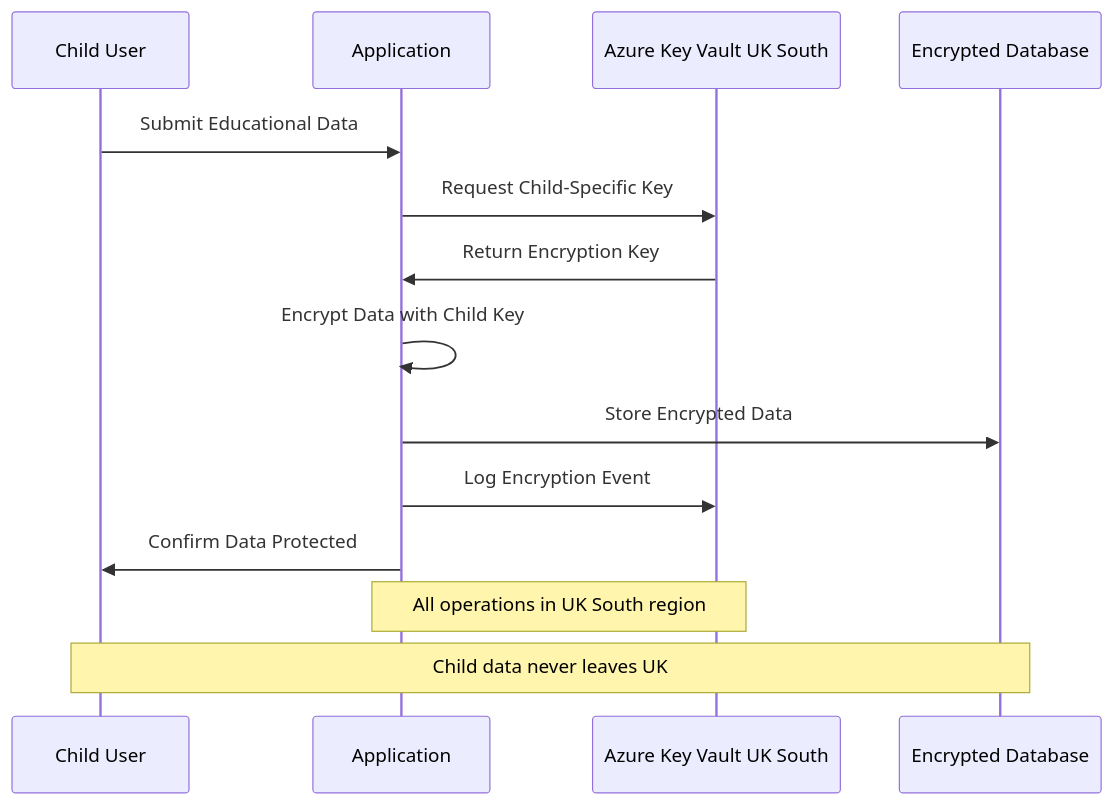
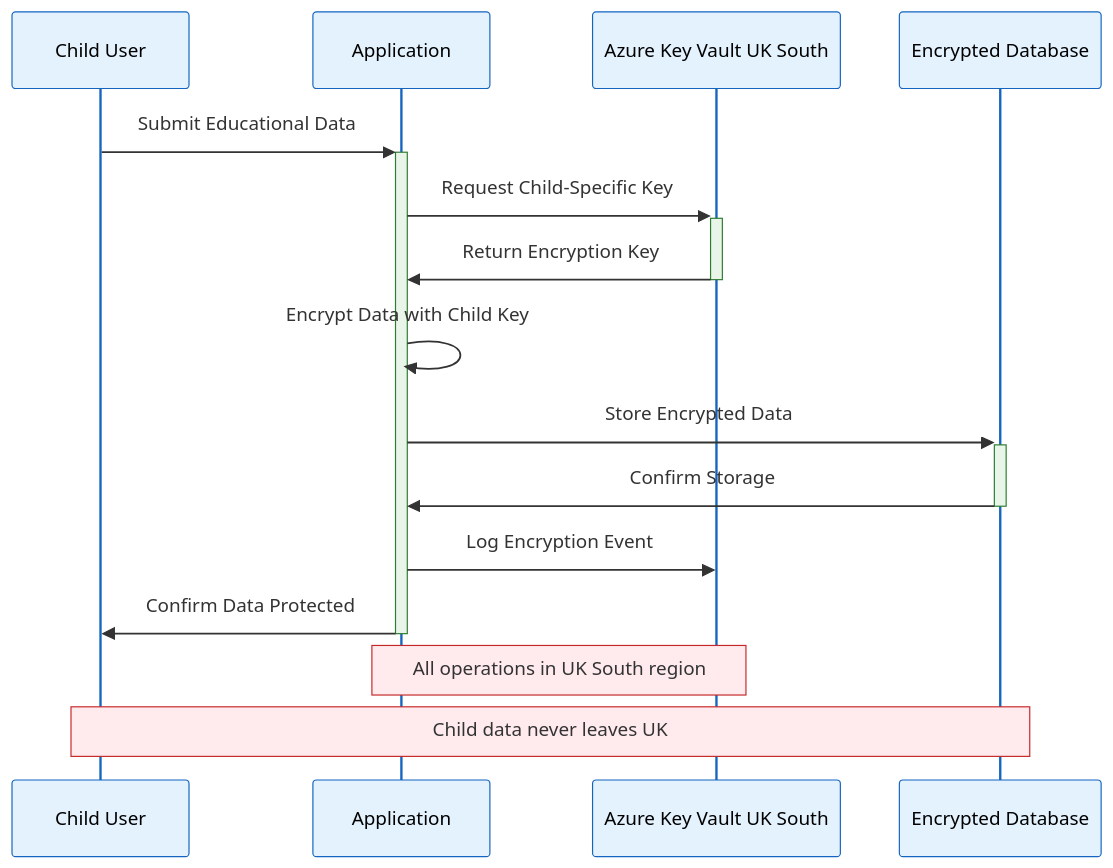
Before and after one commit to victorsaly/WorldLeadersGame: the second of 7 diagrams in docs/_posts/2025-08-08-securing-educational-platforms-enterprise-grade-child-data-protection.md, drawn with Mermaid. The commit also changed other lines of this file and 7 other files, not shown here.

Commit message:
🎨 Update Mermaid Diagrams for Enhanced Clarity and Readability

````diff
--- a/docs/_posts/2025-08-08-securing-educational-platforms-enterprise-grade-child-data-protection.md
+++ b/docs/_posts/2025-08-08-securing-educational-platforms-enterprise-grade-child-data-protection.md
@@ -89,18 +97,33 @@
 ```mermaid
 sequenceDiagram
     participant C as Child User
     participant A as Application
     participant KV as Azure Key Vault UK South
     participant DB as Encrypted Database
     
-    C->>A: Submit Educational Data
-    A->>KV: Request Child-Specific Key
-    KV->>A: Return Encryption Key
+    C->>+A: Submit Educational Data
+    A->>+KV: Request Child-Specific Key
+    KV->>-A: Return Encryption Key
     A->>A: Encrypt Data with Child Key
-    A->>DB: Store Encrypted Data
+    A->>+DB: Store Encrypted Data
+    DB->>-A: Confirm Storage
     A->>KV: Log Encryption Event
-    A->>C: Confirm Data Protected
+    A->>-C: Confirm Data Protected
     
     Note over A,KV: All operations in UK South region
     Note over C,DB: Child data never leaves UK
+    
+    %% Enhanced styling for security sequence
+    %%{init: {'theme':'base', 'themeVariables': {
+        'actorBkg': '#e3f2fd',
+        'actorBorder': '#1565c0',
+        'actorTextColor': '#000000',
+        'activationBkgColor': '#e8f5e8',
+        'activationBorderColor': '#2e7d32',
+        'sequenceNumberColor': '#ffffff',
+        'sectionBkgColor': '#f5f5f5',
+        'altBkgColor': '#fff3e0',
+        'noteBkgColor': '#ffebee',
+        'noteBorderColor': '#c62828'
+    }}}%%
 ```
````
